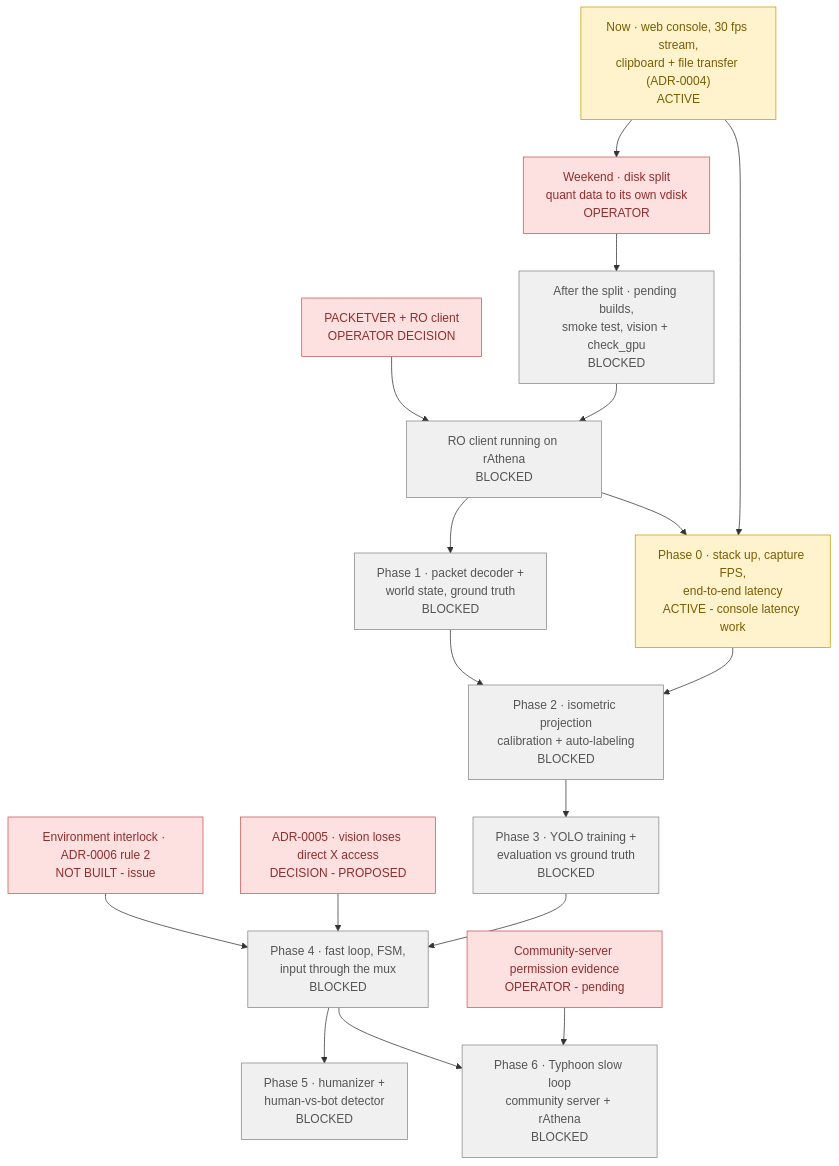
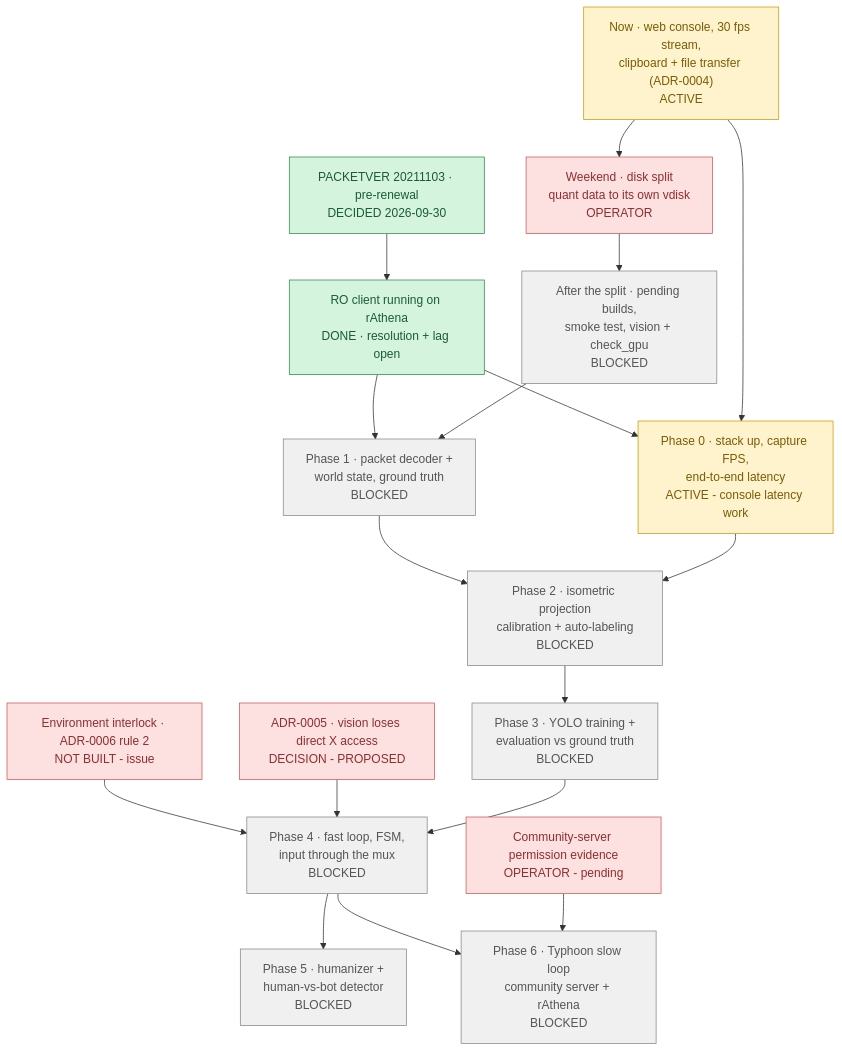
One commit to lumduan/poring-lab changed the diagram in docs/ROADMAP.md. Above: the diagram before and after it, drawn with Mermaid. The commit also changed other lines of this file and 4 other files, not shown here.

First line of the commit message:
docs: rAthena client recipe (C:\RO-rAthena), Thai end to end, ROADMAP client done

````diff
--- a/docs/ROADMAP.md
+++ b/docs/ROADMAP.md
@@ -11,43 +11,45 @@
 ```mermaid
 flowchart TD
     N1["Now · web console, 30 fps stream,<br/>clipboard + file transfer (ADR-0004)<br/>ACTIVE"]
     N2["Weekend · disk split<br/>quant data to its own vdisk<br/>OPERATOR"]
     N3["After the split · pending builds,<br/>smoke test, vision + check_gpu<br/>BLOCKED"]
-    D1["PACKETVER + RO client<br/>OPERATOR DECISION"]
-    S1["RO client running on rAthena<br/>BLOCKED"]
+    D1["PACKETVER 20211103 · pre-renewal<br/>DECIDED 2026-09-30"]
+    S1["RO client running on rAthena<br/>DONE · resolution + lag open"]
     D2["ADR-0005 · vision loses direct X access<br/>DECISION - PROPOSED"]
     D3["Environment interlock · ADR-0006 rule 2<br/>NOT BUILT - issue"]
     E1["Community-server permission evidence<br/>OPERATOR - pending"]
     P0["Phase 0 · stack up, capture FPS,<br/>end-to-end latency<br/>ACTIVE - console latency work"]
     P1["Phase 1 · packet decoder +<br/>world state, ground truth<br/>BLOCKED"]
     P2["Phase 2 · isometric projection<br/>calibration + auto-labeling<br/>BLOCKED"]
     P3["Phase 3 · YOLO training +<br/>evaluation vs ground truth<br/>BLOCKED"]
     P4["Phase 4 · fast loop, FSM,<br/>input through the mux<br/>BLOCKED"]
     P5["Phase 5 · humanizer +<br/>human-vs-bot detector<br/>BLOCKED"]
     P6["Phase 6 · Typhoon slow loop<br/>community server + rAthena<br/>BLOCKED"]
 
-    N1 --> N2 --> N3 --> S1
+    N1 --> N2 --> N3
+    N3 --> P1
     D1 --> S1
     N1 --> P0
     S1 --> P0
     S1 --> P1
     P0 --> P2
     P1 --> P2
     P2 --> P3 --> P4
     D2 --> P4
     D3 --> P4
     E1 --> P6
     P4 --> P5
     P4 --> P6
 
     classDef done     fill:#d4f4dd,stroke:#2d8a4e,color:#1a5c33
     classDef active   fill:#fff3cd,stroke:#cc9a06,color:#7a5c04
     classDef ready    fill:#d6e9ff,stroke:#3b7dd8,color:#1e4d8f
     classDef blocked  fill:#f0f0f0,stroke:#888,color:#555
     classDef decision fill:#fde0e0,stroke:#d05555,color:#8f2e2e
     classDef goal     fill:#ede0fb,stroke:#8a5cd8,color:#4d2e8f
 
+    class D1,S1 done
     class N1,P0 active
-    class N2,D1,D2,D3,E1 decision
-    class N3,S1,P1,P2,P3,P4,P5,P6 blocked
+    class N2,D2,D3,E1 decision
+    class N3,P1,P2,P3,P4,P5,P6 blocked
 ```
````
